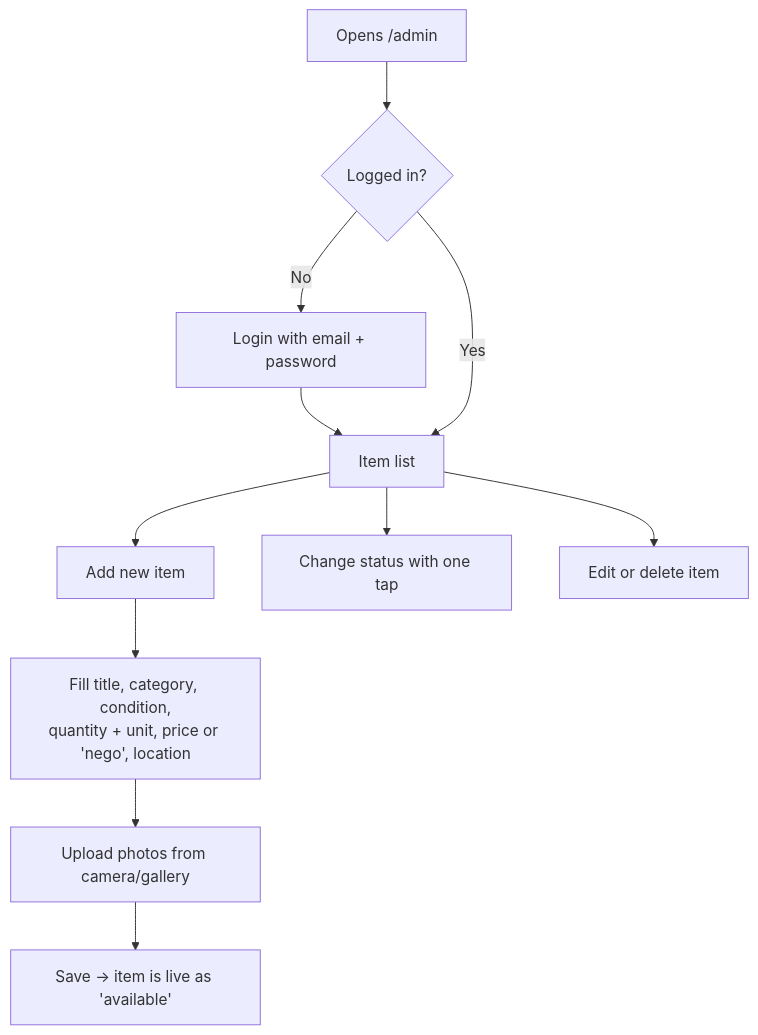
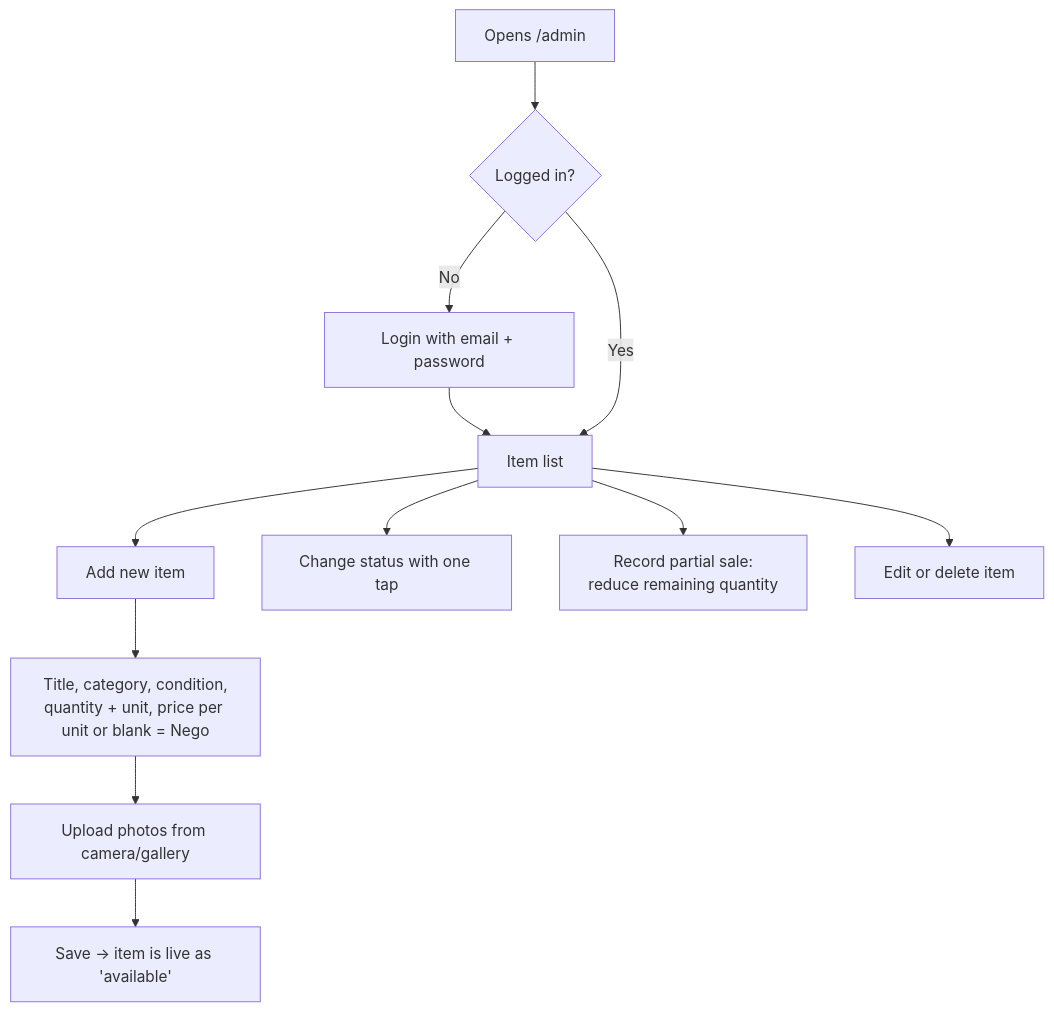
One commit to alpinnbtk/SisaBangun changed the second of 3 diagrams in docs/flows.md. Above: the diagram before and after it, drawn with Mermaid. The commit also changed other lines of this file and 3 other files, not shown here.

Commit message:
docs: add requirements and journal, update flows and erd from owner interview

````diff
--- a/docs/flows.md
+++ b/docs/flows.md
@@ -26,13 +34,14 @@
 ```mermaid
 flowchart TD
     A[Opens /admin] --> B{Logged in?}
     B -->|No| C[Login with email + password]
     C --> D
     B -->|Yes| D[Item list]
     D --> E[Add new item]
-    E --> E1[Fill title, category, condition,<br/>quantity + unit, price or 'nego', location]
+    E --> E1[Title, category, condition,<br/>quantity + unit, price per unit or blank = Nego]
     E1 --> E2[Upload photos from camera/gallery]
     E2 --> E3[Save → item is live as 'available']
     D --> F[Change status with one tap]
+    D --> P[Record partial sale:<br/>reduce remaining quantity]
     D --> G[Edit or delete item]
 ```
````
